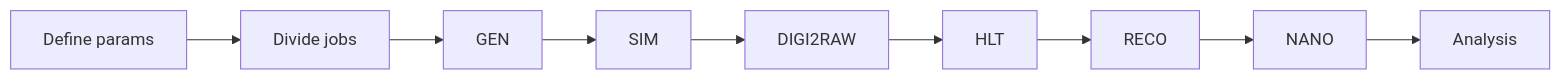
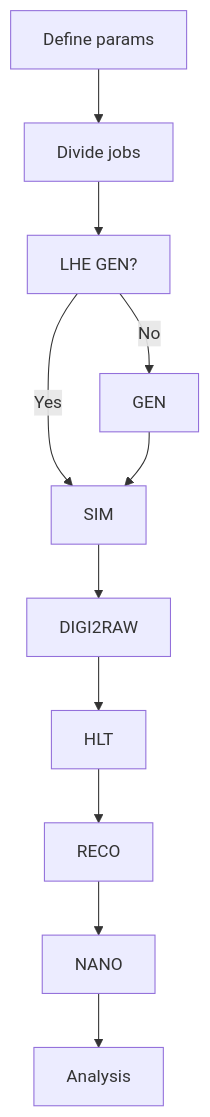
The diagram in content/episodes/01-introduction/index.md (cms-opendata-workshop/tutorial-lesson-full-simulation-cloud-infomaniak), drawn with Mermaid before and after one commit. The commit also changed other lines of this file and 5 other files, not shown here.

````diff
--- a/content/episodes/01-introduction/index.md
+++ b/content/episodes/01-introduction/index.md
@@ -19,11 +19,13 @@
 ```mermaid
-flowchart LR
+flowchart TD
     A[Define params] --> B[Divide jobs]
-    B --> C[GEN]
-    C --> D[SIM]
-    D --> E[DIGI2RAW]
-    E --> F[HLT]
-    F --> G[RECO]
-    G --> H[NANO]
-    H --> I[Analysis]
+    B --> C[LHE GEN?]
+    C --> |No| D[GEN]
+    C --> |Yes| E[SIM]
+    D --> E[SIM]
+    E --> F[DIGI2RAW]
+    F --> G[HLT]
+    G --> H[RECO]
+    H --> I[NANO]
+    I --> J[Analysis]
 ```
````
